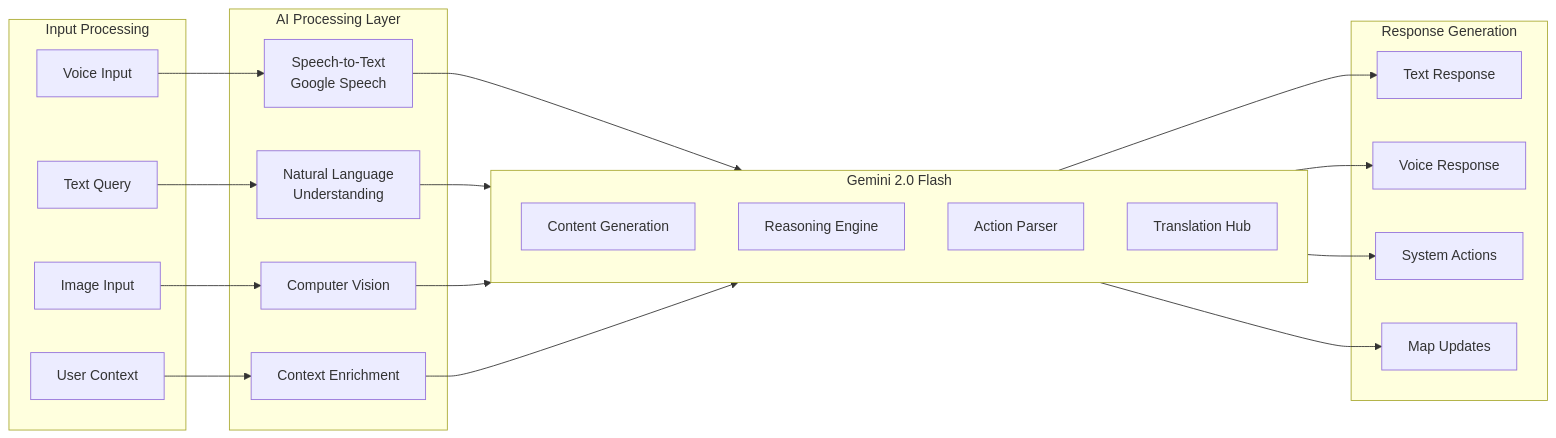
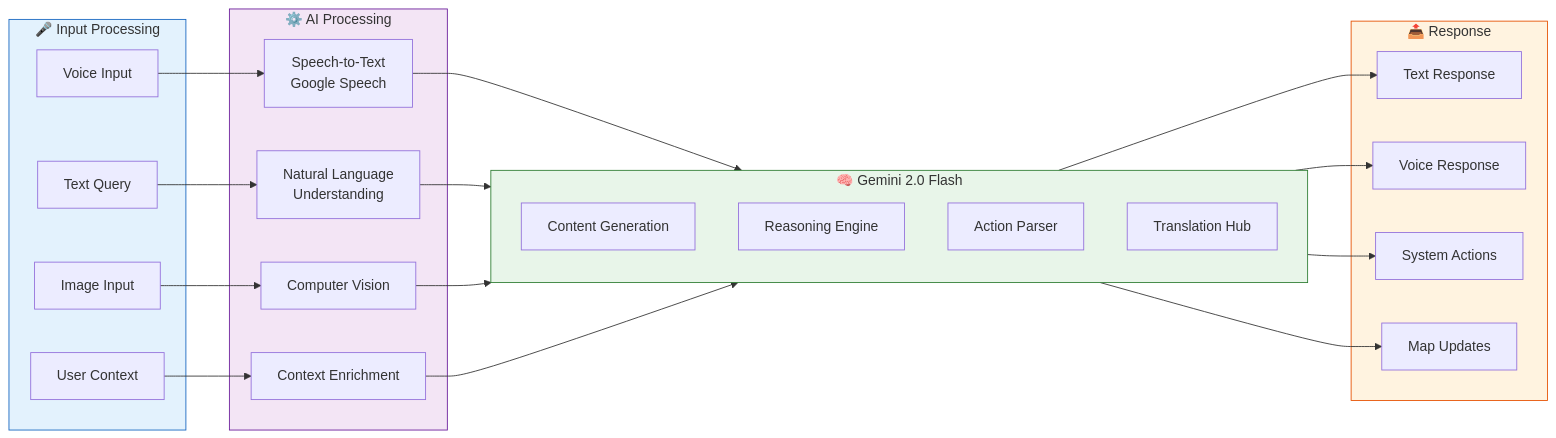
Before and after one commit to Riya-davra04/StadiumGPT-AI-Stadium-Assistant: diagram 18 of 22 in README.md, drawn with Mermaid. The commit also changed other lines of this file, not shown here.

````diff
--- a/README.md
+++ b/README.md
@@ -468,45 +570,50 @@
 ```mermaid
 flowchart LR
-    subgraph Input["Input Processing"]
+    subgraph Input["🎤 Input Processing"]
         Voice[Voice Input]
         Text[Text Query]
         Visual[Image Input]
         Context[User Context]
     end
 
-    subgraph Processing["AI Processing Layer"]
+    subgraph Processing["⚙️ AI Processing"]
         ASR[Speech-to-Text<br>Google Speech]
         NLP[Natural Language<br>Understanding]
         Vision[Computer Vision]
         ContextX[Context Enrichment]
     end
 
-    subgraph Gemini["Gemini 2.0 Flash"]
+    subgraph Gemini["🧠 Gemini 2.0 Flash"]
         Gen[Content Generation]
         Reason[Reasoning Engine]
         Code[Action Parser]
         Trans[Translation Hub]
     end
 
-    subgraph Output["Response Generation"]
+    subgraph Output["📤 Response"]
         TextR[Text Response]
         VoiceR[Voice Response]
         Action[System Actions]
         Map[Map Updates]
     end
 
     Voice --> ASR
     Text --> NLP
     Visual --> Vision
     Context --> ContextX
 
     ASR --> Gemini
     NLP --> Gemini
     Vision --> Gemini
     ContextX --> Gemini
 
     Gemini --> TextR
     Gemini --> VoiceR
     Gemini --> Action
     Gemini --> Map
+    
+    style Input fill:#e3f2fd,stroke:#1565c0
+    style Processing fill:#f3e5f5,stroke:#6a1b9a
+    style Gemini fill:#e8f5e9,stroke:#2e7d32
+    style Output fill:#fff3e0,stroke:#e65100
 ```
````
